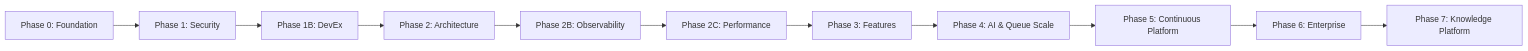
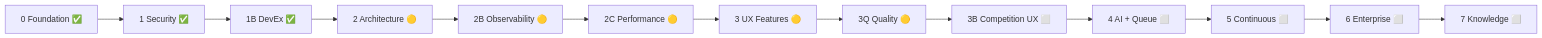
Before and after one commit to Pasidu-Mihiranga/Veracity: the eighth of 12 diagrams in docs/phase_by_phase_improvement_plan.md, drawn with Mermaid. The commit also changed other lines of this file and 1 other file, not shown here.

````diff
--- a/docs/phase_by_phase_improvement_plan.md
+++ b/docs/phase_by_phase_improvement_plan.md
@@ -404,13 +788,15 @@
 ```mermaid
 graph LR
-    P0["Phase 0: Foundation"] --> P1["Phase 1: Security"]
-    P1 --> P1B["Phase 1B: DevEx"]
-    P1B --> P2["Phase 2: Architecture"]
-    P2 --> P2B["Phase 2B: Observability"]
-    P2B --> P2C["Phase 2C: Performance"]
-    P2C --> P3["Phase 3: Features"]
-    P3 --> P4["Phase 4: AI & Queue Scale"]
-    P4 --> P5["Phase 5: Continuous Platform"]
-    P5 --> P6["Phase 6: Enterprise"]
-    P6 --> P7["Phase 7: Knowledge Platform"]
+    P0["0 Foundation ✅"] --> P1["1 Security ✅"]
+    P1 --> P1B["1B DevEx ✅"]
+    P1B --> P2["2 Architecture 🟡"]
+    P2 --> P2B["2B Observability 🟡"]
+    P2B --> P2C["2C Performance 🟡"]
+    P2C --> P3["3 UX Features 🟡"]
+    P3 --> P3Q["3Q Quality 🟡"]
+    P3Q --> P3B["3B Competition UX ⬜"]
+    P3B --> P4["4 AI + Queue ⬜"]
+    P4 --> P5["5 Continuous ⬜"]
+    P5 --> P6["6 Enterprise ⬜"]
+    P6 --> P7["7 Knowledge ⬜"]
 ```
````
